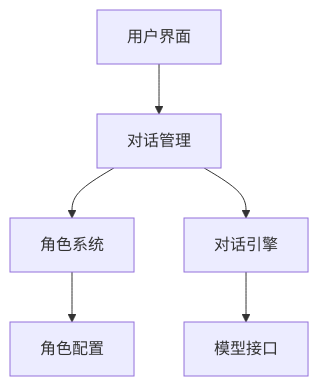
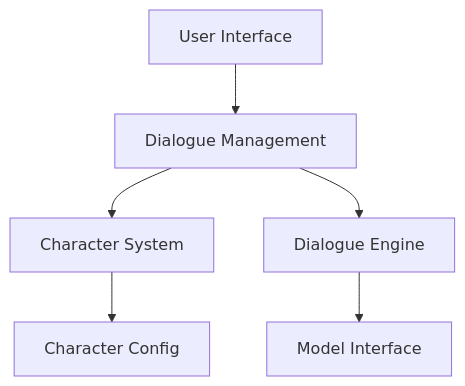
The diagram in versioned_docs/version-2024-winter/advanced/ai-systems/ai-chat.mdx (ChanMeng666/ai-programming-teaching-project), drawn with Mermaid before and after one commit. The commit also changed other lines of this file and 472 other files, not shown here.

````diff
--- a/versioned_docs/version-2024-winter/advanced/ai-systems/ai-chat.mdx
+++ b/versioned_docs/version-2024-winter/advanced/ai-systems/ai-chat.mdx
@@ -92,8 +88,8 @@
 ```mermaid
 graph TD
-    A[用户界面] --> B[对话管理]
-    B --> C[角色系统]
-    B --> D[对话引擎]
-    D --> E[模型接口]
-    C --> F[角色配置]
+    A[User Interface] --> B[Dialogue Management]
+    B --> C[Character System]
+    B --> D[Dialogue Engine]
+    D --> E[Model Interface]
+    C --> F[Character Config]
 ```
````
